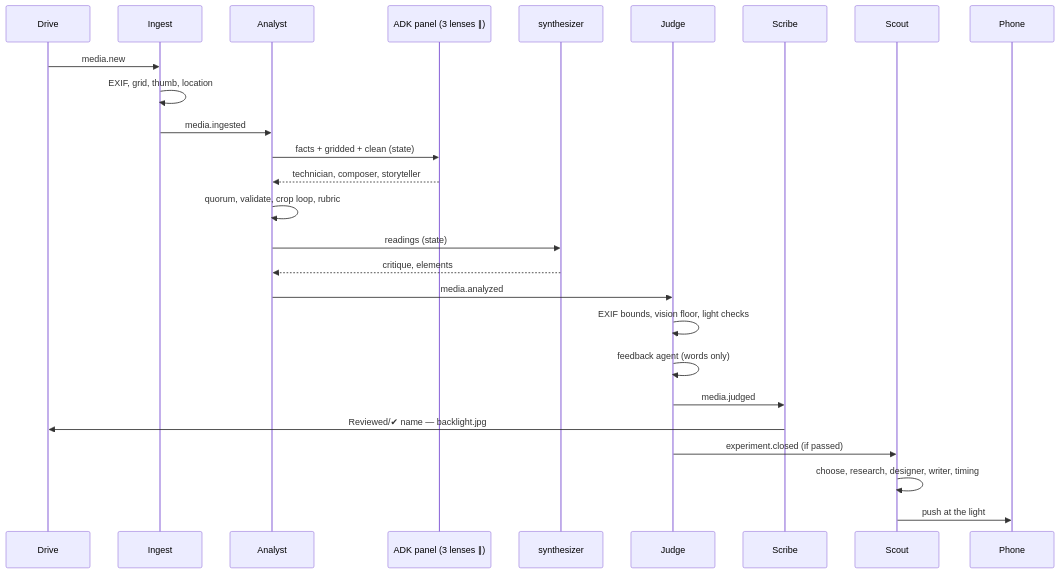
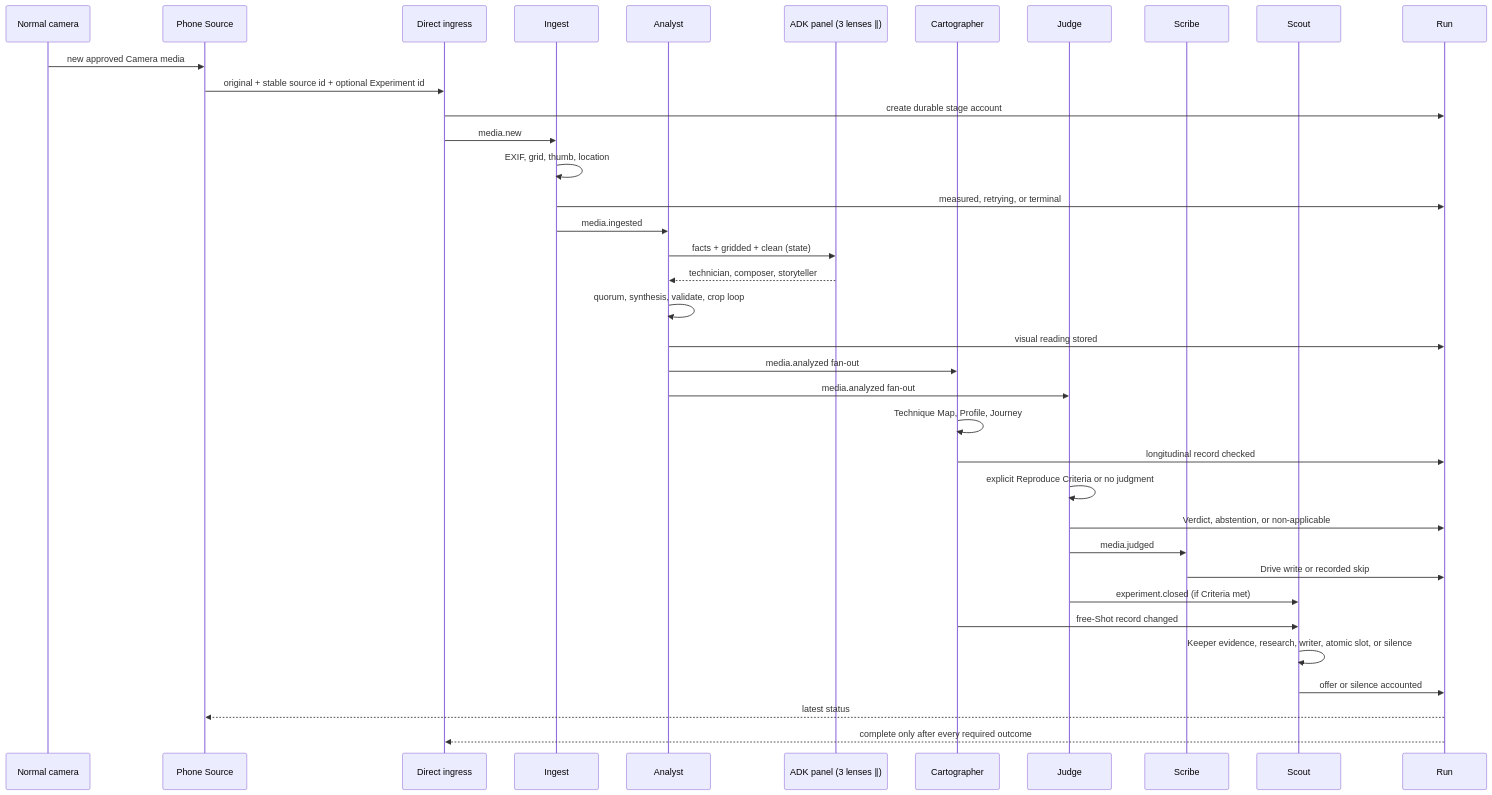
The third of 3 diagrams in docs/agents.md (fikri2992/shoots), drawn with Mermaid before and after one commit. The commit also changed other lines of this file and 109 other files, not shown here.

Commit message:
Complete the Keeper-backed Reproduce loop

````diff
--- a/docs/agents.md
+++ b/docs/agents.md
@@ -208,28 +244,39 @@
 ```mermaid
 sequenceDiagram
-  participant Drive
+  participant Camera as Normal camera
+  participant Phone as Phone Source
+  participant API as Direct ingress
   participant Ingest
   participant Analyst
   participant Panel as ADK panel (3 lenses ∥)
-  participant Synth as synthesizer
+  participant Cartographer
   participant Judge
   participant Scribe
   participant Scout
-  participant Phone
-  Drive->>Ingest: media.new
+  participant Run
+  Camera->>Phone: new approved Camera media
+  Phone->>API: original + stable source id + optional Experiment id
+  API->>Run: create durable stage account
+  API->>Ingest: media.new
   Ingest->>Ingest: EXIF, grid, thumb, location
+  Ingest->>Run: measured, retrying, or terminal
   Ingest->>Analyst: media.ingested
   Analyst->>Panel: facts + gridded + clean (state)
   Panel-->>Analyst: technician, composer, storyteller
-  Analyst->>Analyst: quorum, validate, crop loop, rubric
-  Analyst->>Synth: readings (state)
-  Synth-->>Analyst: critique, elements
-  Analyst->>Judge: media.analyzed
-  Judge->>Judge: EXIF bounds, vision floor, light checks
-  Judge->>Judge: feedback agent (words only)
+  Analyst->>Analyst: quorum, synthesis, validate, crop loop
+  Analyst->>Run: visual reading stored
+  Analyst->>Cartographer: media.analyzed fan-out
+  Analyst->>Judge: media.analyzed fan-out
+  Cartographer->>Cartographer: Technique Map, Profile, Journey
+  Cartographer->>Run: longitudinal record checked
+  Judge->>Judge: explicit Reproduce Criteria or no judgment
+  Judge->>Run: Verdict, abstention, or non-applicable
   Judge->>Scribe: media.judged
-  Scribe->>Drive: Reviewed/✔ name — backlight.jpg
-  Judge->>Scout: experiment.closed (if passed)
-  Scout->>Scout: choose, research, designer, writer, timing
-  Scout->>Phone: push at the light
+  Scribe->>Run: Drive write or recorded skip
+  Judge->>Scout: experiment.closed (if Criteria met)
+  Cartographer->>Scout: free-Shot record changed
+  Scout->>Scout: Keeper evidence, research, writer, atomic slot, or silence
+  Scout->>Run: offer or silence accounted
+  Run-->>Phone: latest status
+  Run-->>API: complete only after every required outcome
 ```
````
